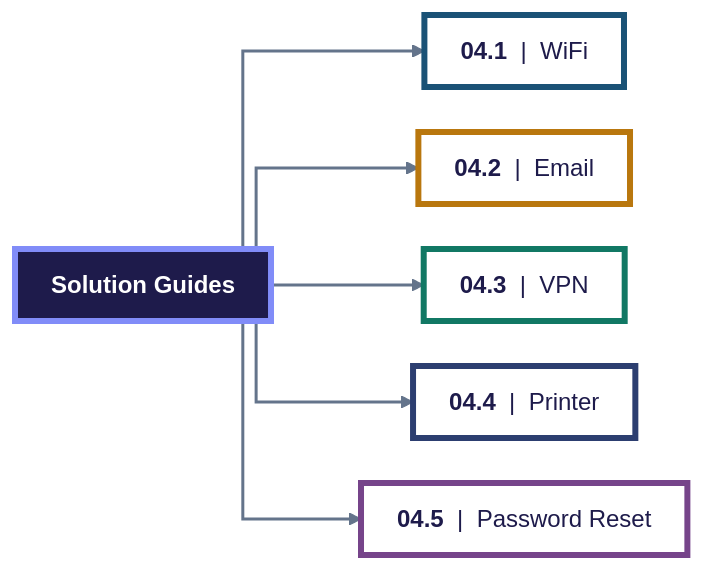
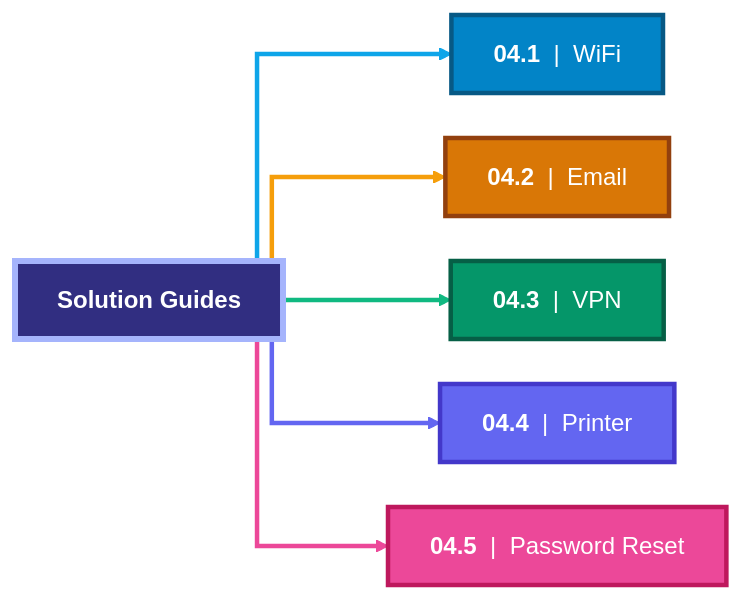
The diagram in 04-Solution-guides/INDEX.md (malaika-azhar/Customer-Tech-Support-Portfolio), drawn with Mermaid before and after one commit.

````diff
--- a/04-Solution-guides/INDEX.md
+++ b/04-Solution-guides/INDEX.md
@@ -9,32 +9,37 @@
 ```mermaid
-%%{init: {'flowchart': {'curve': 'step', 'nodeSpacing': 30, 'rankSpacing': 60, 'padding': 12}}}%%
+%%{init: {'flowchart': {'curve': 'step', 'nodeSpacing': 30, 'rankSpacing': 70, 'padding': 14}}}%%
 flowchart LR
     R["<b>Solution Guides</b>"]
 
     G1["<b>04.1</b> &nbsp;|&nbsp; WiFi"]
     G2["<b>04.2</b> &nbsp;|&nbsp; Email"]
     G3["<b>04.3</b> &nbsp;|&nbsp; VPN"]
     G4["<b>04.4</b> &nbsp;|&nbsp; Printer"]
     G5["<b>04.5</b> &nbsp;|&nbsp; Password Reset"]
 
     R --> G1
     R --> G2
     R --> G3
     R --> G4
     R --> G5
 
-    classDef root fill:#1E1B4B,stroke:#818CF8,stroke-width:4px,color:#ffffff
-    classDef g1 fill:#FFFFFF,stroke:#1A5276,stroke-width:4px,color:#1E1B4B
-    classDef g2 fill:#FFFFFF,stroke:#B9770E,stroke-width:4px,color:#1E1B4B
-    classDef g3 fill:#FFFFFF,stroke:#117864,stroke-width:4px,color:#1E1B4B
-    classDef g4 fill:#FFFFFF,stroke:#2C3E70,stroke-width:4px,color:#1E1B4B
-    classDef g5 fill:#FFFFFF,stroke:#76448A,stroke-width:4px,color:#1E1B4B
+    classDef root fill:#312E81,stroke:#A5B4FC,stroke-width:4px,color:#FFFFFF
+    classDef g1 fill:#0284C7,stroke:#075985,stroke-width:3px,color:#FFFFFF
+    classDef g2 fill:#D97706,stroke:#92400E,stroke-width:3px,color:#FFFFFF
+    classDef g3 fill:#059669,stroke:#065F46,stroke-width:3px,color:#FFFFFF
+    classDef g4 fill:#6366F1,stroke:#4338CA,stroke-width:3px,color:#FFFFFF
+    classDef g5 fill:#EC4899,stroke:#BE185D,stroke-width:3px,color:#FFFFFF
 
     class R root
     class G1 g1
     class G2 g2
     class G3 g3
     class G4 g4
     class G5 g5
-    linkStyle 0,1,2,3,4 stroke:#64748B,stroke-width:2px
+
+    linkStyle 0 stroke:#0EA5E9,stroke-width:3px
+    linkStyle 1 stroke:#F59E0B,stroke-width:3px
+    linkStyle 2 stroke:#10B981,stroke-width:3px
+    linkStyle 3 stroke:#6366F1,stroke-width:3px
+    linkStyle 4 stroke:#EC4899,stroke-width:3px
 ```
````
